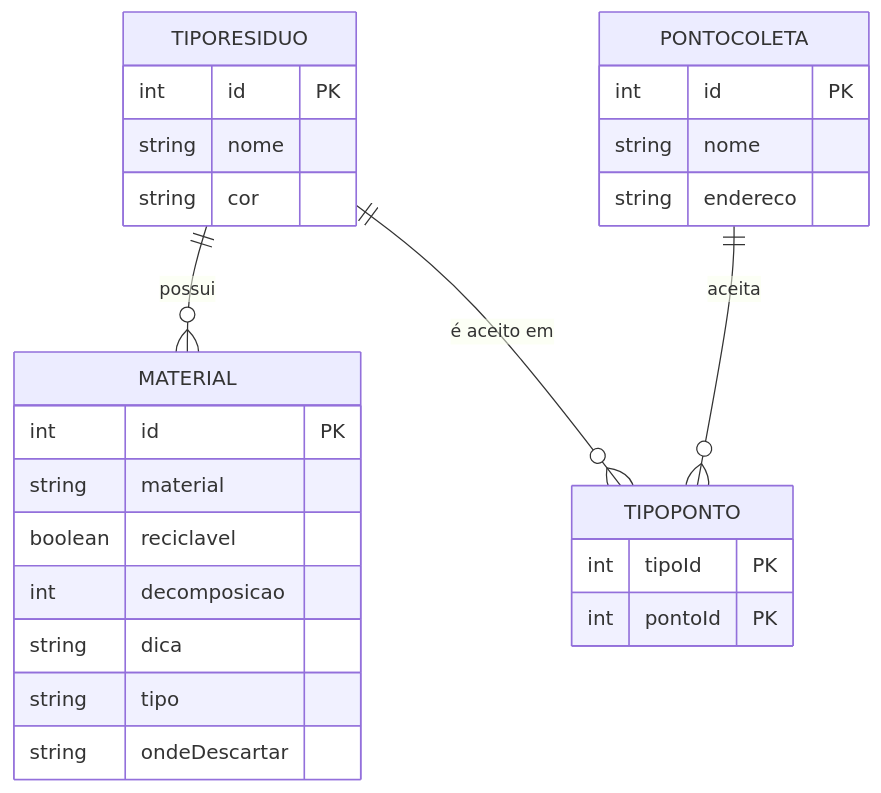
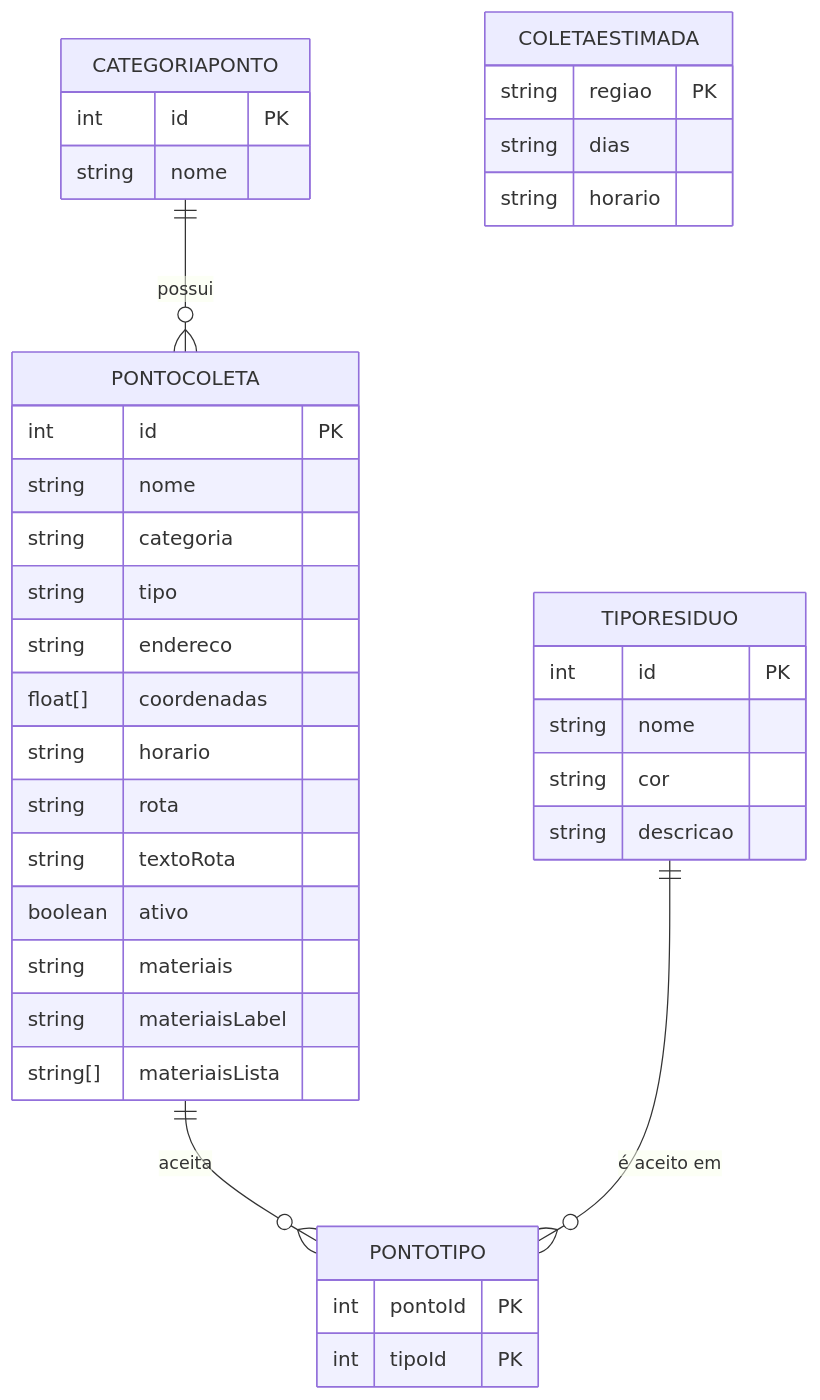
The diagram in Modelagem.md (FatecZL-ADS-2026-2-NOITE/Prova-WizTech), drawn with Mermaid before and after one commit. The commit also changed other lines of this file, not shown here.

````diff
--- a/Modelagem.md
+++ b/Modelagem.md
@@ -84,30 +98,41 @@
 ```mermaid
 erDiagram
-    TIPORESIDUO ||--o{ MATERIAL : "possui"
-    TIPORESIDUO ||--o{ TIPOPONTO : "é aceito em"
-    PONTOCOLETA ||--o{ TIPOPONTO : "aceita"
+    CATEGORIAPONTO ||--o{ PONTOCOLETA : "possui"
+    PONTOCOLETA ||--o{ PONTOTIPO : "aceita"
+    TIPORESIDUO ||--o{ PONTOTIPO : "é aceito em"
 
+    CATEGORIAPONTO {
+        int id PK
+        string nome
+    }
+    PONTOCOLETA {
+        int id PK
+        string nome
+        string categoria
+        string tipo
+        string endereco
+        float[] coordenadas
+        string horario
+        string rota
+        string textoRota
+        boolean ativo
+        string materiais
+        string materiaisLabel
+        string[] materiaisLista
+    }
     TIPORESIDUO {
         int id PK
         string nome
         string cor
+        string descricao
     }
-    PONTOCOLETA {
-        int id PK
-        string nome
-        string endereco
+    PONTOTIPO {
+        int pontoId PK
+        int tipoId PK
     }
-    MATERIAL {
-        int id PK
-        string material
-        boolean reciclavel
-        int decomposicao
-        string dica
-        string tipo
-        string ondeDescartar
-    }
-    TIPOPONTO {
-        int tipoId PK
-        int pontoId PK
+    COLETAESTIMADA {
+        string regiao PK
+        string dias
+        string horario
     }
 ```
````
